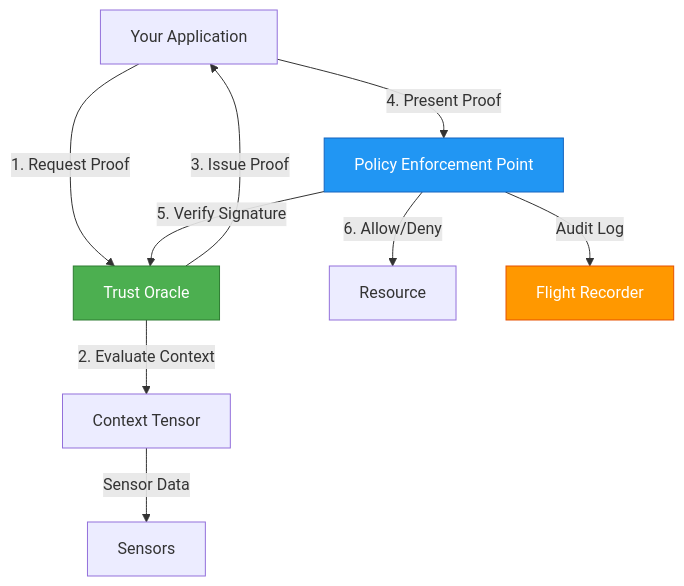
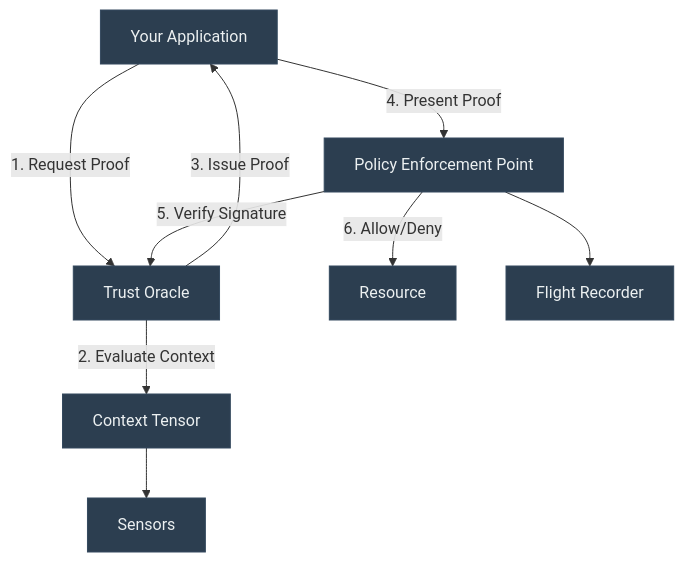
The diagram in docs/implement/index.md (nmcitra/ktp-rfc), drawn with Mermaid before and after one commit. The commit also changed other lines of this file and 45 other files, not shown here.

````diff
--- a/docs/implement/index.md
+++ b/docs/implement/index.md
@@ -160,16 +123,27 @@
 ```mermaid
 graph TD
-    A[Your Application] -->|1. Request Proof| O[Trust Oracle]
-    O -->|2. Evaluate Context| T[Context Tensor]
+    A[Your Application]
+    O[Trust Oracle]
+    T[Context Tensor]
+    P[Policy Enforcement Point]
+    R[Resource]
+    S[Sensors]
+    F[Flight Recorder]
+    
+    A -->|1. Request Proof| O
+    O -->|2. Evaluate Context| T
     O -->|3. Issue Proof| A
-    A -->|4. Present Proof| P[Policy Enforcement Point]
+    A -->|4. Present Proof| P
     P -->|5. Verify Signature| O
-    P -->|6. Allow/Deny| R[Resource]
+    P -->|6. Allow/Deny| R
+    T --> S
+    P --> F
     
-    T -->|Sensor Data| S[Sensors]
-    P -->|Audit Log| F[Flight Recorder]
-    
-    style O fill:#4CAF50,stroke:#2E7D32,color:#fff
-    style P fill:#2196F3,stroke:#1565C0,color:#fff
-    style F fill:#FF9800,stroke:#E65100,color:#fff
+    style A fill:#2c3e50,stroke:#34495e,color:#ecf0f1
+    style O fill:#2c3e50,stroke:#34495e,color:#ecf0f1
+    style T fill:#2c3e50,stroke:#34495e,color:#ecf0f1
+    style P fill:#2c3e50,stroke:#34495e,color:#ecf0f1
+    style R fill:#2c3e50,stroke:#34495e,color:#ecf0f1
+    style S fill:#2c3e50,stroke:#34495e,color:#ecf0f1
+    style F fill:#2c3e50,stroke:#34495e,color:#ecf0f1
 ```
````
